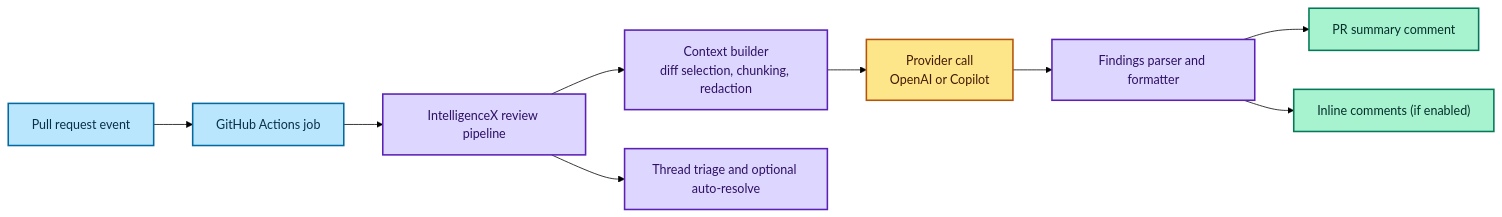
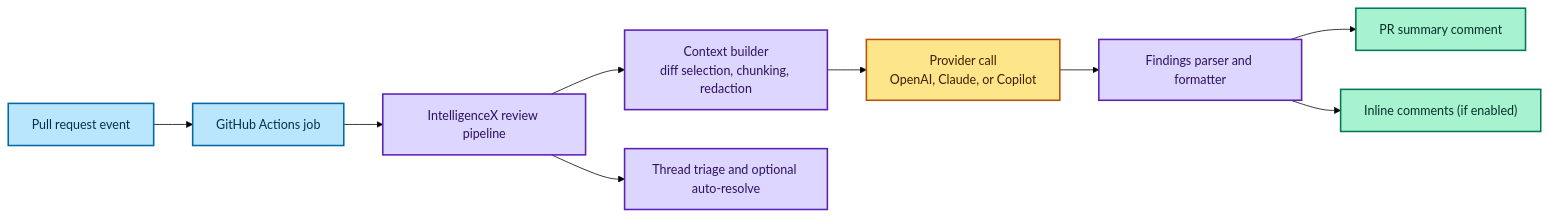
One commit to EvotecIT/IntelligenceX changed the diagram in Docs/reviewer/overview.md. Above: the diagram before and after it, drawn with Mermaid (forest theme). The commit also changed other lines of this file and 70 other files, not shown here.

````diff
--- a/Docs/reviewer/overview.md
+++ b/Docs/reviewer/overview.md
@@ -31,21 +32,21 @@
 ```mermaid
 flowchart LR
   classDef trigger fill:#BAE6FD,stroke:#0369A1,color:#082F49,stroke-width:2px;
   classDef engine fill:#DDD6FE,stroke:#5B21B6,color:#2E1065,stroke-width:2px;
   classDef provider fill:#FDE68A,stroke:#B45309,color:#451A03,stroke-width:2px;
   classDef output fill:#A7F3D0,stroke:#047857,color:#052E2B,stroke-width:2px;
 
   A["Pull request event"] --> B["GitHub Actions job"]
   B --> C["IntelligenceX review pipeline"]
   C --> D["Context builder<br/>diff selection, chunking, redaction"]
-  D --> E["Provider call<br/>OpenAI or Copilot"]
+  D --> E["Provider call<br/>OpenAI, Claude, or Copilot"]
   E --> F["Findings parser and formatter"]
   F --> G["PR summary comment"]
   F --> H["Inline comments (if enabled)"]
   C --> I["Thread triage and optional auto-resolve"]
 
   class A,B trigger;
   class C,D,F,I engine;
   class E provider;
   class G,H output;
 ```
````
